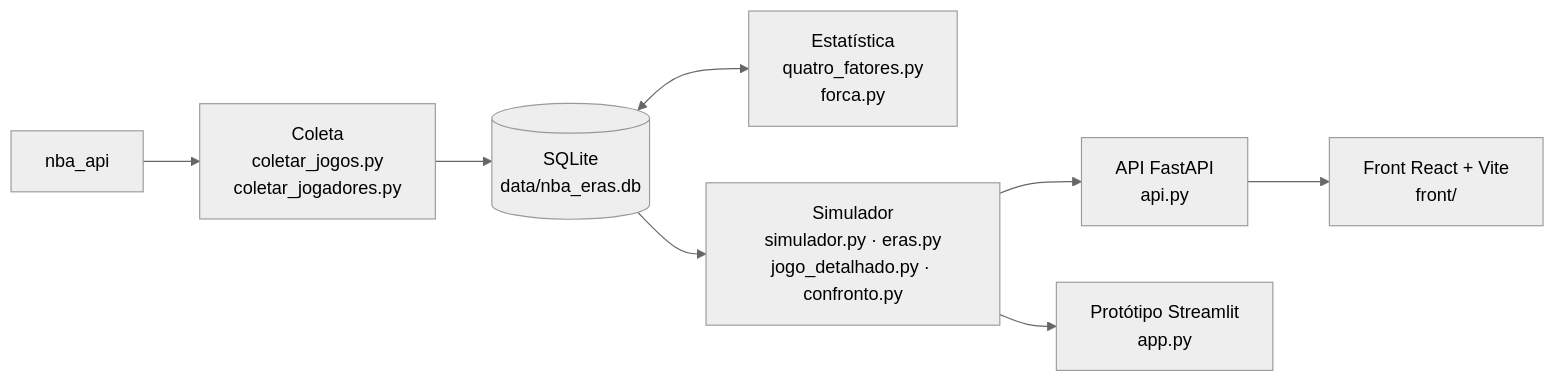
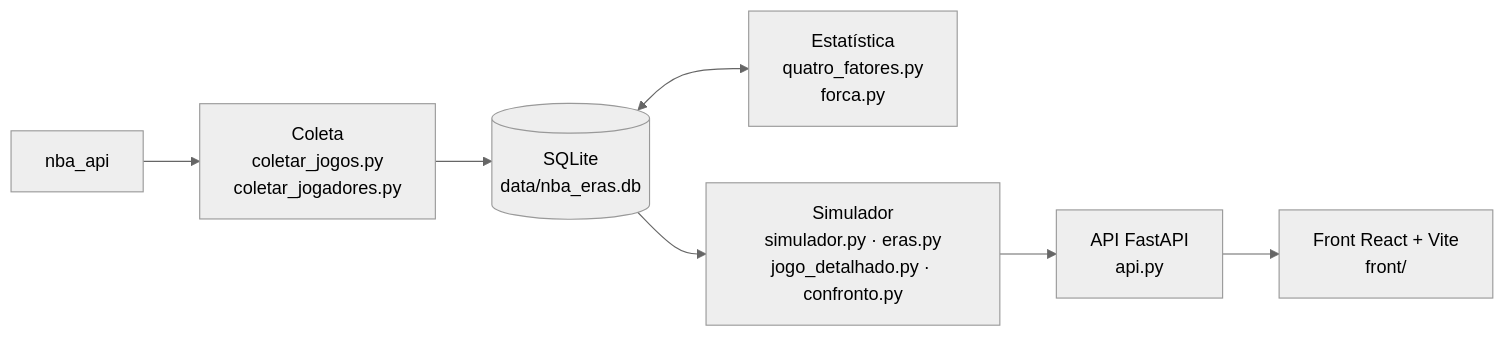
One commit to jpgomespnd/jogo-nba-eras changed the diagram in README.pt-BR.md. Above: the diagram before and after it, drawn with Mermaid (neutral theme). The commit also changed other lines of this file and 3 other files, not shown here.

Commit message:
refactor: revisão do código, tag de campeão e remoção do protótipo Streamlit

````diff
--- a/README.pt-BR.md
+++ b/README.pt-BR.md
@@ -24,10 +24,9 @@
 ```mermaid
 flowchart LR
     nba["nba_api"] --> coleta["Coleta<br/>coletar_jogos.py<br/>coletar_jogadores.py"]
     coleta --> banco[("SQLite<br/>data/nba_eras.db")]
     banco <--> estat["Estatística<br/>quatro_fatores.py<br/>forca.py"]
     banco --> sim["Simulador<br/>simulador.py · eras.py<br/>jogo_detalhado.py · confronto.py"]
     sim --> api["API FastAPI<br/>api.py"]
     api --> front["Front React + Vite<br/>front/"]
-    sim --> st["Protótipo Streamlit<br/>app.py"]
 ```
````
